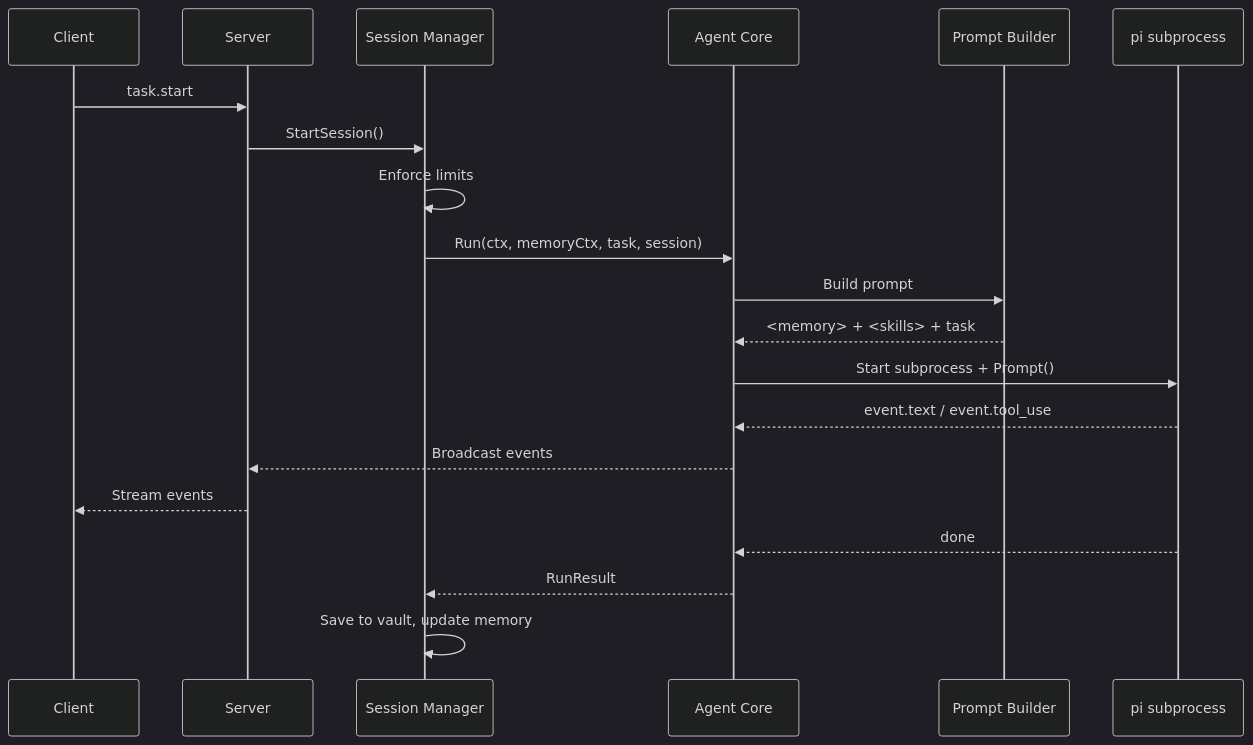
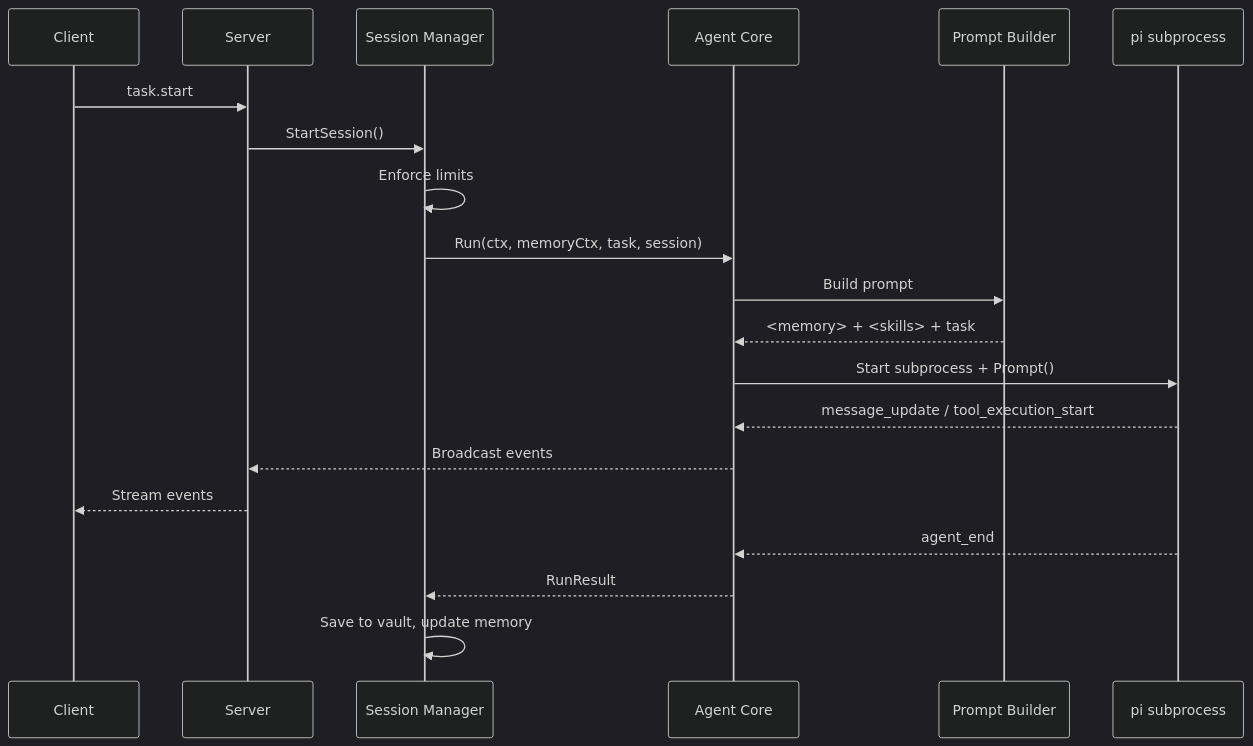
The diagram in src/content/docs/architecture/agent-core.mdx (MarcoMruz/agentloop-docs), drawn with Mermaid (dark theme) before and after one commit. The commit also changed other lines of this file and 1 other file, not shown here.

````diff
--- a/src/content/docs/architecture/agent-core.mdx
+++ b/src/content/docs/architecture/agent-core.mdx
@@ -10,23 +10,23 @@
 ```mermaid
 sequenceDiagram
     participant C as Client
     participant S as Server
     participant SM as Session Manager
     participant AC as Agent Core
     participant PB as Prompt Builder
     participant Pi as pi subprocess
 
     C->>S: task.start
     S->>SM: StartSession()
     SM->>SM: Enforce limits
     SM->>AC: Run(ctx, memoryCtx, task, session)
     AC->>PB: Build prompt
     PB-->>AC: <memory> + <skills> + task
     AC->>Pi: Start subprocess + Prompt()
-    Pi-->>AC: event.text / event.tool_use
+    Pi-->>AC: message_update / tool_execution_start
     AC-->>S: Broadcast events
     S-->>C: Stream events
-    Pi-->>AC: done
+    Pi-->>AC: agent_end
     AC-->>SM: RunResult
     SM->>SM: Save to vault, update memory
 ```
````
